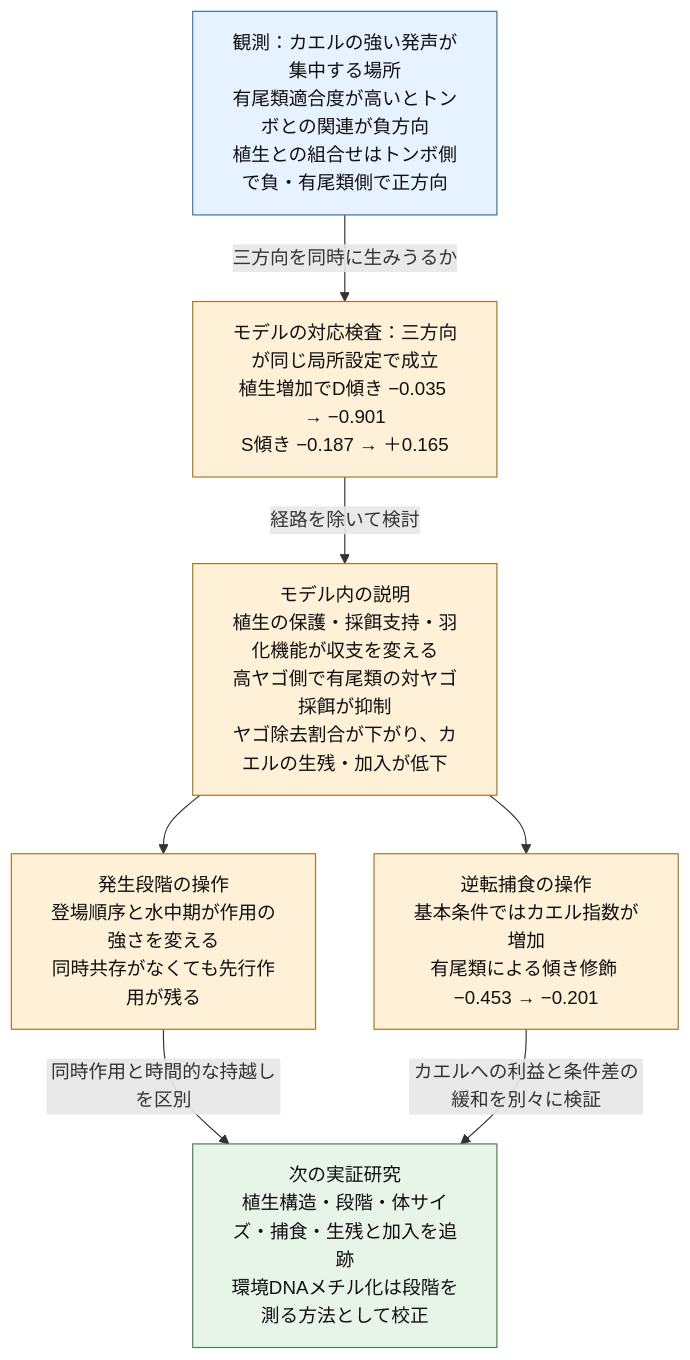
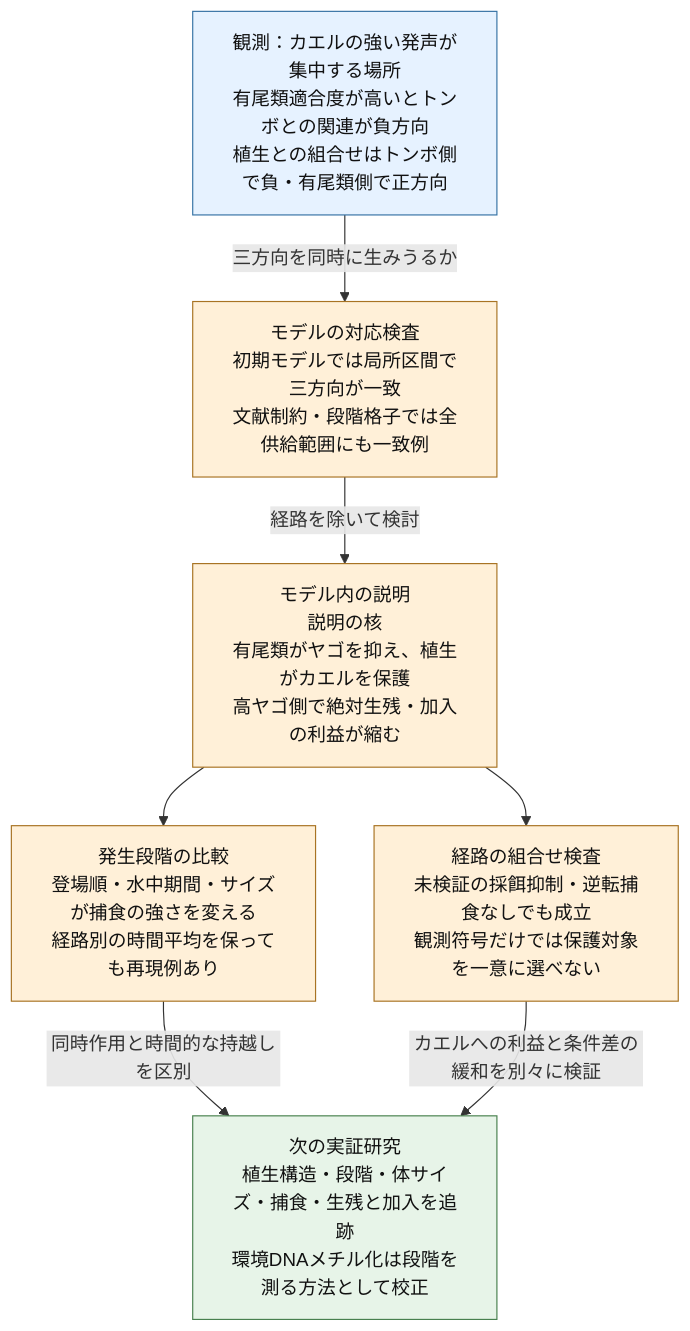
The diagram in research/manuscript/ECOLOGICAL_DISCUSSION_CONCLUSION_2026-10-27.md (zuizui0223/frogcs), drawn with Mermaid before and after one commit. The commit also changed other lines of this file and 120 other files, not shown here.

````diff
--- a/research/manuscript/ECOLOGICAL_DISCUSSION_CONCLUSION_2026-10-27.md
+++ b/research/manuscript/ECOLOGICAL_DISCUSSION_CONCLUSION_2026-10-27.md
@@ -77,21 +85,21 @@
 ```mermaid
 flowchart TB
     A["観測：カエルの強い発声が集中する場所<br/>有尾類適合度が高いとトンボとの関連が負方向<br/>植生との組合せはトンボ側で負・有尾類側で正方向"]
-    B["モデルの対応検査：三方向が同じ局所設定で成立<br/>植生増加でD傾き −0.035 → −0.901<br/>S傾き −0.187 → ＋0.165"]
-    C["モデル内の説明<br/>植生の保護・採餌支持・羽化機能が収支を変える<br/>高ヤゴ側で有尾類の対ヤゴ採餌が抑制<br/>ヤゴ除去割合が下がり、カエルの生残・加入が低下"]
-    D["発生段階の操作<br/>登場順序と水中期が作用の強さを変える<br/>同時共存がなくても先行作用が残る"]
-    E["逆転捕食の操作<br/>基本条件ではカエル指数が増加<br/>有尾類による傾き修飾 −0.453 → −0.201"]
+    B["モデルの対応検査<br/>初期モデルでは局所区間で三方向が一致<br/>文献制約・段階格子では全供給範囲にも一致例"]
+    C["モデル内の説明<br/>説明の核<br/>有尾類がヤゴを抑え、植生がカエルを保護<br/>高ヤゴ側で絶対生残・加入の利益が縮む"]
+    D["発生段階の比較<br/>登場順・水中期間・サイズが捕食の強さを変える<br/>経路別の時間平均を保っても再現例あり"]
+    E["経路の組合せ検査<br/>未検証の採餌抑制・逆転捕食なしでも成立<br/>観測符号だけでは保護対象を一意に選べない"]
     F["次の実証研究<br/>植生構造・段階・体サイズ・捕食・生残と加入を追跡<br/>環境DNAメチル化は段階を測る方法として校正"]
     A -->|三方向を同時に生みうるか| B
     B -->|経路を除いて検討| C
     C --> D
     C --> E
     D -->|同時作用と時間的な持越しを区別| F
     E -->|カエルへの利益と条件差の緩和を別々に検証| F
     classDef observed fill:#e6f2ff,stroke:#3673a5,color:#111;
     classDef modeled fill:#fff0d8,stroke:#a87323,color:#111;
     classDef future fill:#e7f4e8,stroke:#48804e,color:#111;
     class A observed;
     class B,C,D,E modeled;
     class F future;
 ```
````
